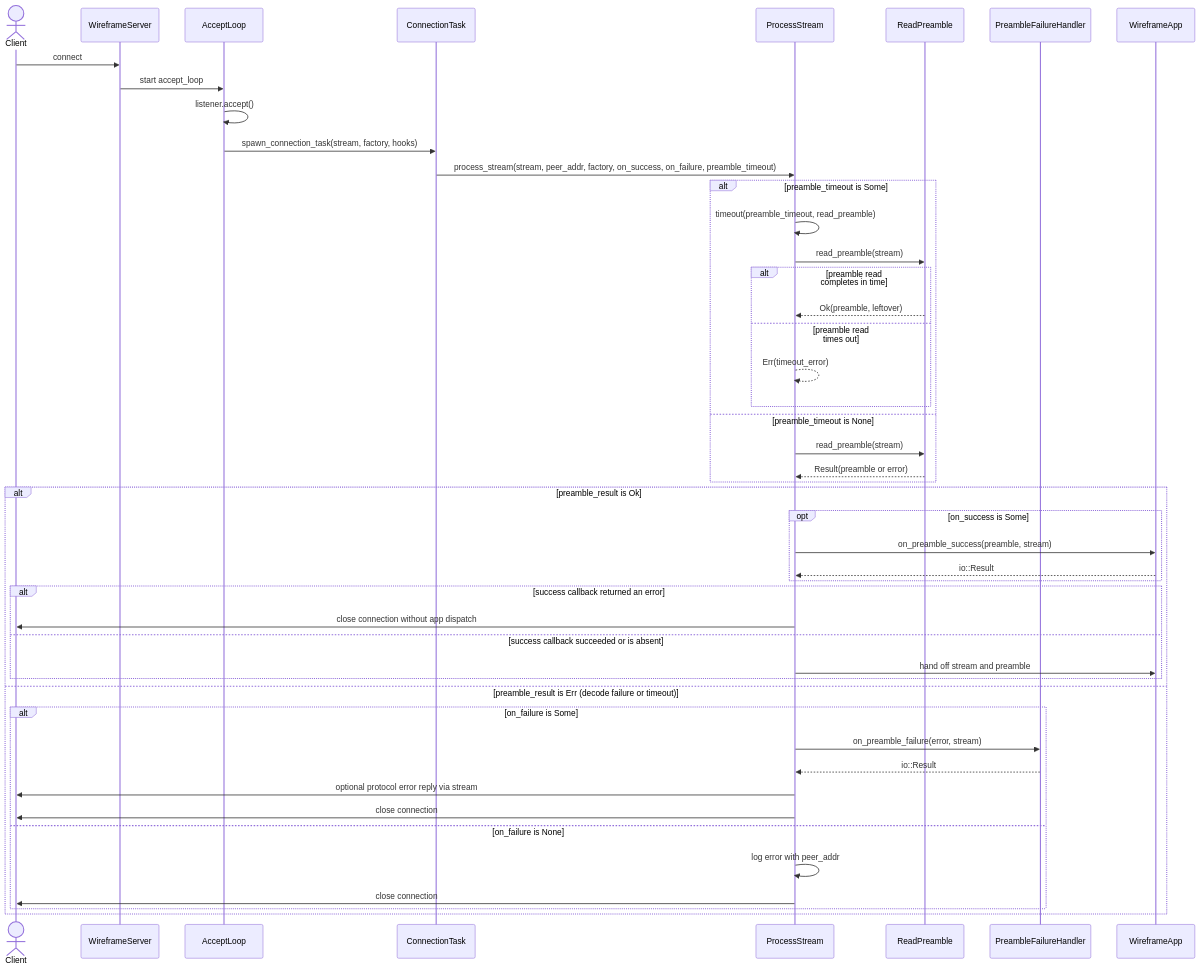
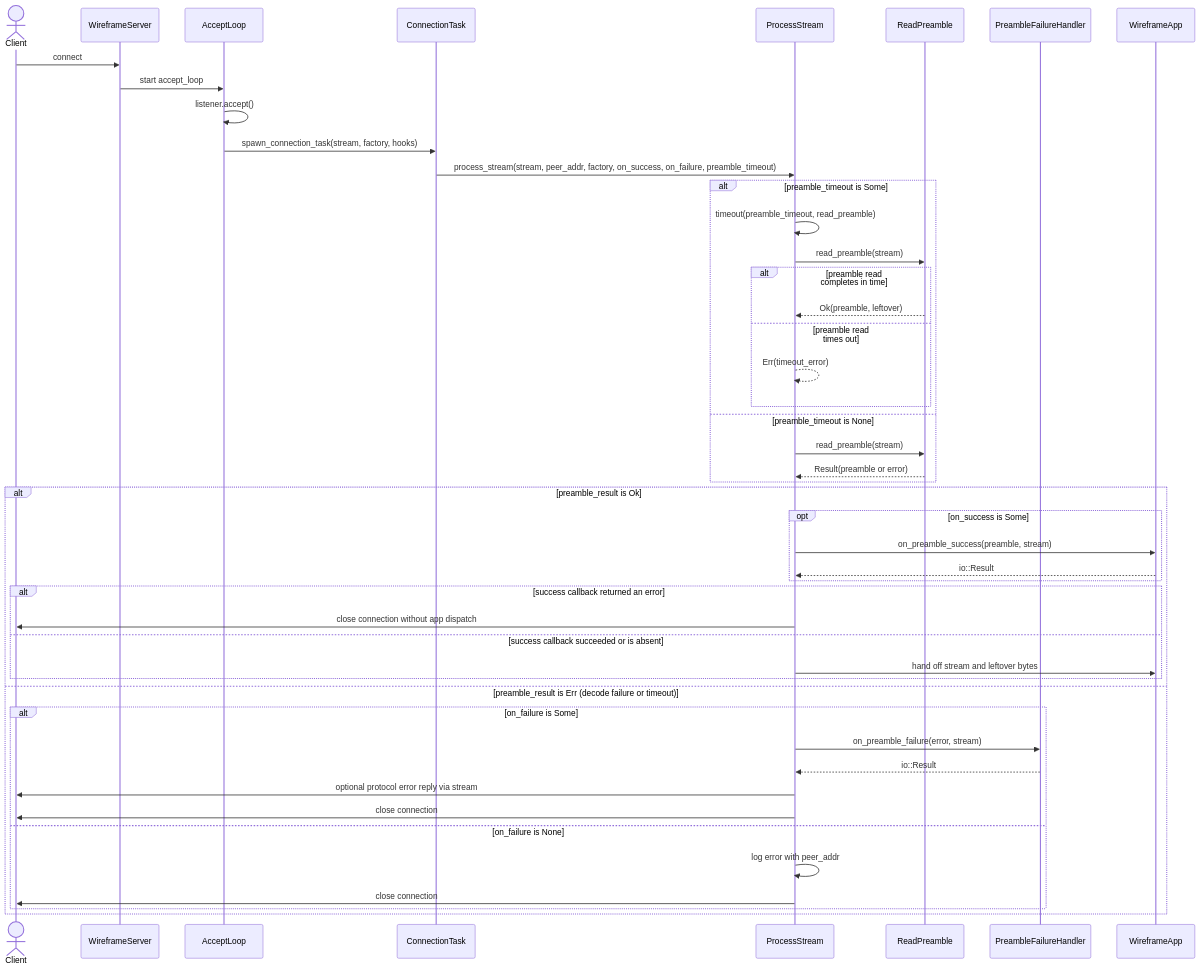
One commit to leynos/wireframe changed the third of 3 diagrams in docs/preamble-validator.md. Above: the diagram before and after it, drawn with Mermaid.

Commit message:
Correct the preamble hand-off arrow label
The success path diagram said the stream and preamble are handed to the
application. Only the stream, rewound with the leftover bytes, reaches
`WireframeApp`; the decoded preamble is consumed by the success callback. Label
the arrow accordingly so the diagram matches `process_stream`.

````diff
--- a/docs/preamble-validator.md
+++ b/docs/preamble-validator.md
@@ -104,53 +104,53 @@
 ```mermaid
 sequenceDiagram
     actor Client
     participant WireframeServer
     participant AcceptLoop
     participant ConnectionTask
     participant ProcessStream
     participant ReadPreamble
     participant PreambleFailureHandler
     participant WireframeApp
 
     Client->>WireframeServer: connect
     WireframeServer->>AcceptLoop: start accept_loop
     AcceptLoop->>AcceptLoop: listener.accept()
     AcceptLoop->>ConnectionTask: spawn_connection_task(stream, factory, hooks)
 
     ConnectionTask->>ProcessStream: process_stream(stream, peer_addr, factory, on_success, on_failure, preamble_timeout)
 
     alt preamble_timeout is Some
         ProcessStream->>ProcessStream: timeout(preamble_timeout, read_preamble)
         ProcessStream->>ReadPreamble: read_preamble(stream)
         alt preamble read completes in time
             ReadPreamble-->>ProcessStream: Ok(preamble, leftover)
         else preamble read times out
             ProcessStream-->>ProcessStream: Err(timeout_error)
         end
     else preamble_timeout is None
         ProcessStream->>ReadPreamble: read_preamble(stream)
         ReadPreamble-->>ProcessStream: Result(preamble or error)
     end
 
     alt preamble_result is Ok
         opt on_success is Some
             ProcessStream->>WireframeApp: on_preamble_success(preamble, stream)
             WireframeApp-->>ProcessStream: io::Result
         end
         alt success callback returned an error
             ProcessStream->>Client: close connection without app dispatch
         else success callback succeeded or is absent
-            ProcessStream->>WireframeApp: hand off stream and preamble
+            ProcessStream->>WireframeApp: hand off stream and leftover bytes
         end
     else preamble_result is Err (decode failure or timeout)
         alt on_failure is Some
             ProcessStream->>PreambleFailureHandler: on_preamble_failure(error, stream)
             PreambleFailureHandler-->>ProcessStream: io::Result
             ProcessStream->>Client: optional protocol error reply via stream
             ProcessStream->>Client: close connection
         else on_failure is None
             ProcessStream->>ProcessStream: log error with peer_addr
             ProcessStream->>Client: close connection
         end
     end
 ```
````
